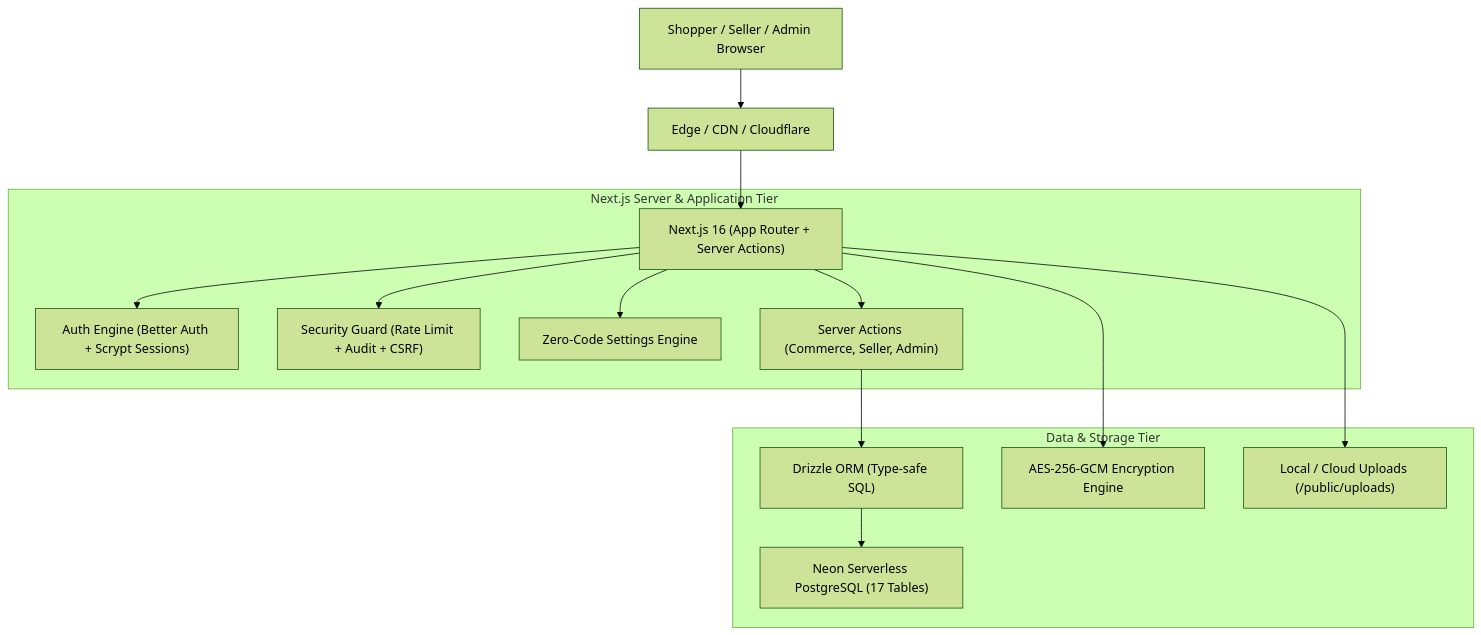
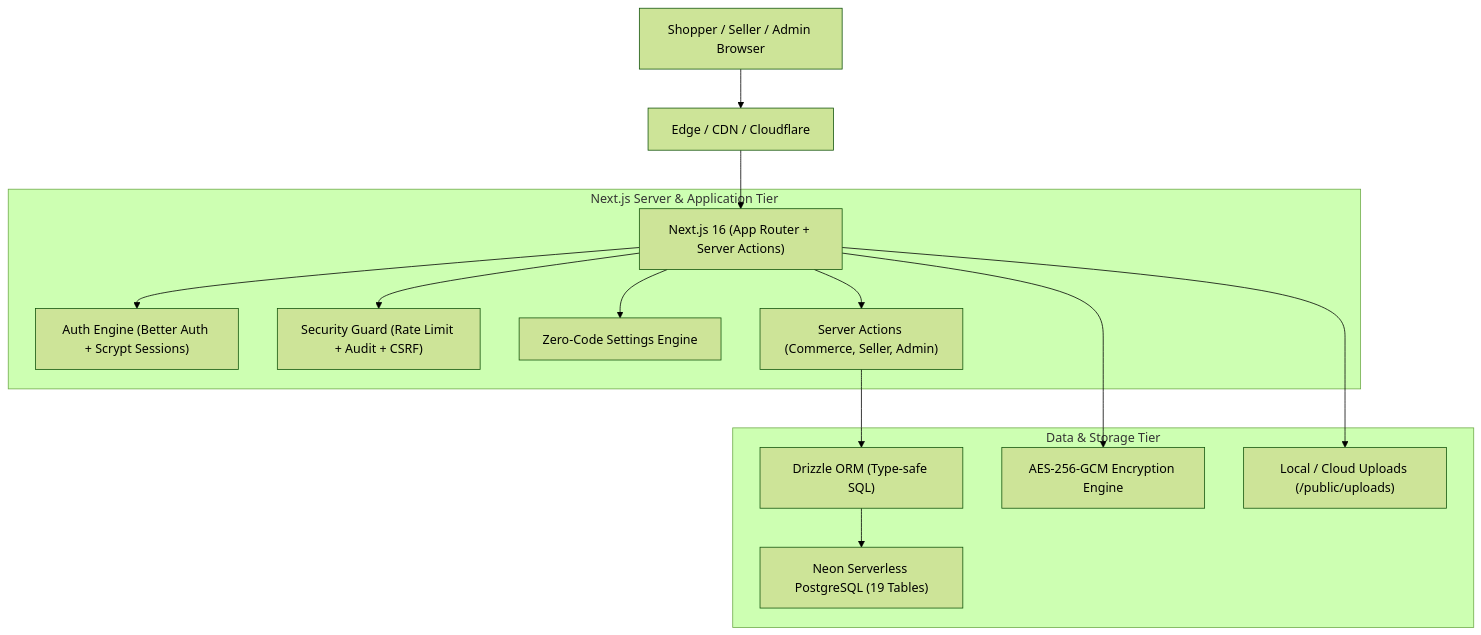
The first of 2 diagrams in .ai/ARCHITECTURE.md (PrivMITLab/aalm-vastralay), drawn with Mermaid (forest theme) before and after one commit. The commit also changed other lines of this file and 11 other files, not shown here.

Commit message:
docs: update .ai and repository architecture records

````diff
--- a/.ai/ARCHITECTURE.md
+++ b/.ai/ARCHITECTURE.md
@@ -6,19 +6,19 @@
 ```mermaid
 flowchart TD
     Client["Shopper / Seller / Admin Browser"] --> Cloudflare["Edge / CDN / Cloudflare"]
     Cloudflare --> NextApp["Next.js 16 (App Router + Server Actions)"]
     
     subgraph Server_Tier["Next.js Server & Application Tier"]
         NextApp --> AuthEngine["Auth Engine (Better Auth + Scrypt Sessions)"]
         NextApp --> SecurityGuard["Security Guard (Rate Limit + Audit + CSRF)"]
         NextApp --> SettingsEngine["Zero-Code Settings Engine"]
         NextApp --> ActionsEngine["Server Actions (Commerce, Seller, Admin)"]
     end
     
     subgraph Data_Tier["Data & Storage Tier"]
         ActionsEngine --> DrizzleORM["Drizzle ORM (Type-safe SQL)"]
-        DrizzleORM --> NeonPostgres["Neon Serverless PostgreSQL (17 Tables)"]
+        DrizzleORM --> NeonPostgres["Neon Serverless PostgreSQL (19 Tables)"]
         NextApp --> EncryptionEngine["AES-256-GCM Encryption Engine"]
         NextApp --> LocalStorage["Local / Cloud Uploads (/public/uploads)"]
     end
 ```
````
